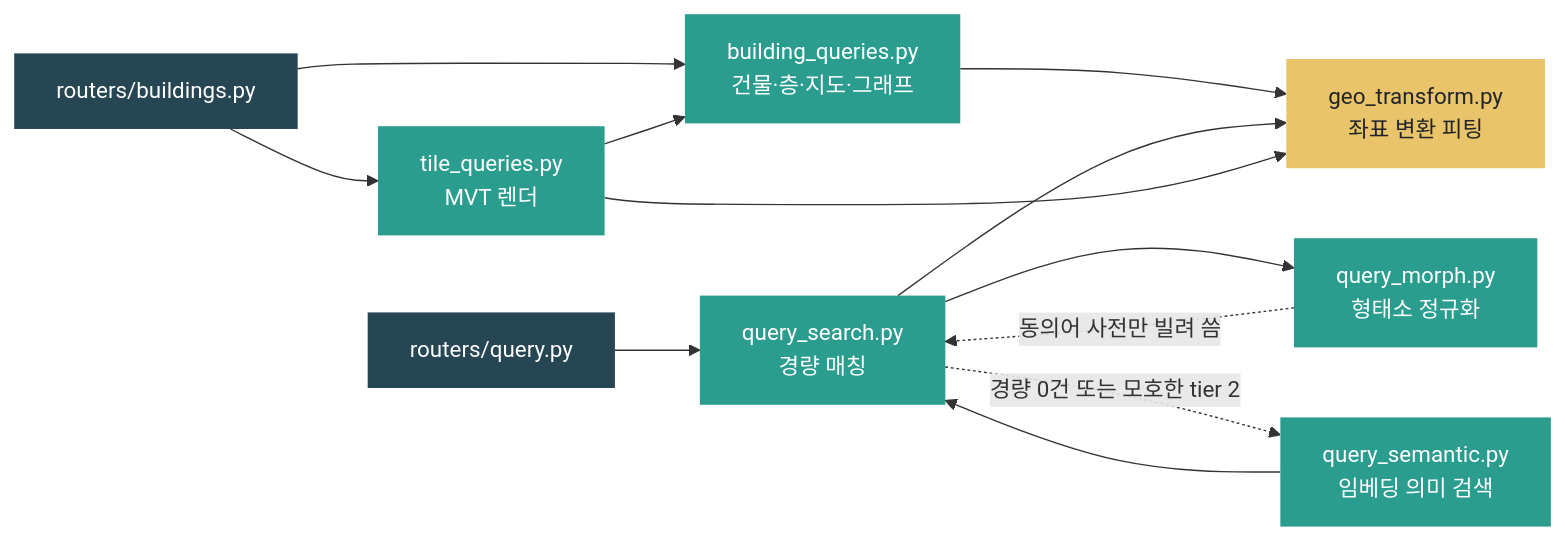
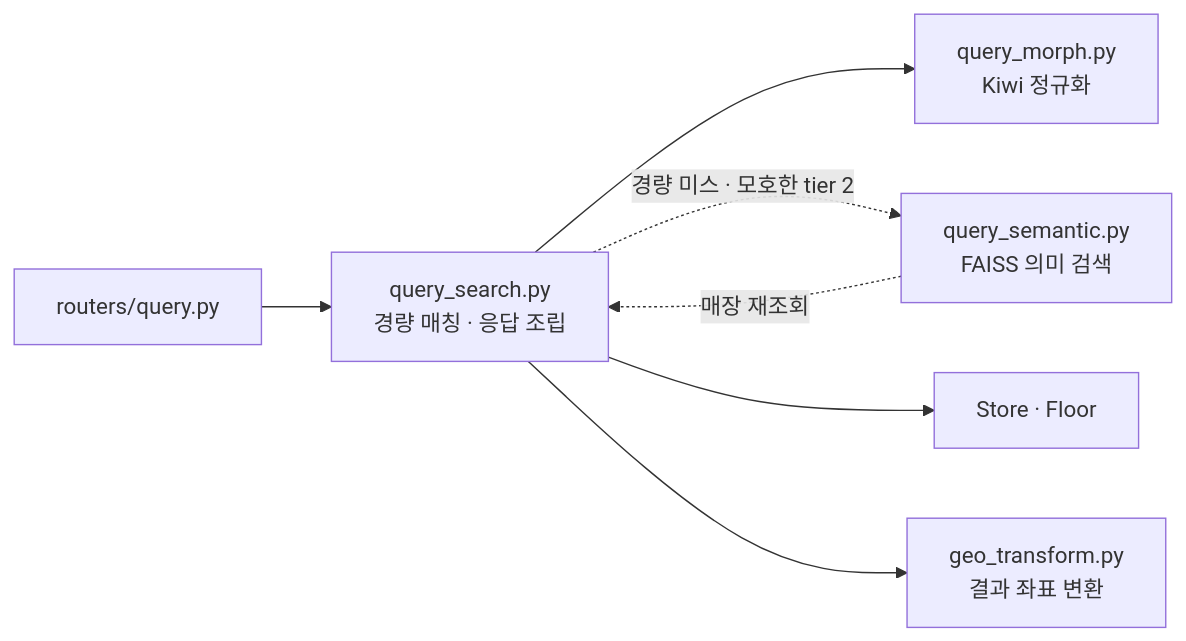
One commit to Routex-labs/Navigation changed the second of 11 diagrams in backend/app/repositories/README.md. Above: the diagram before and after it, drawn with Mermaid. The commit also changed other lines of this file and 36 other files, not shown here.

````diff
--- a/backend/app/repositories/README.md
+++ b/backend/app/repositories/README.md
@@ -28,31 +54,16 @@
 ```mermaid
 flowchart LR
-    RB["routers/buildings.py"]
-    RQ["routers/query.py"]
+    ROUTER["routers/query.py"]
+    SEARCH["query_search.py<br/>경량 매칭 · 응답 조립"]
+    MORPH["query_morph.py<br/>Kiwi 정규화"]
+    SEMANTIC["query_semantic.py<br/>FAISS 의미 검색"]
+    TRANSFORM["geo_transform.py<br/>결과 좌표 변환"]
+    MODEL["Store · Floor"]
 
-    BQ["building_queries.py<br/>건물·층·지도·그래프"]
-    QS["query_search.py<br/>경량 매칭"]
-    MO["query_morph.py<br/>형태소 정규화"]
-    SEM["query_semantic.py<br/>임베딩 의미 검색"]
-    TQ["tile_queries.py<br/>MVT 렌더"]
-    GT["geo_transform.py<br/>좌표 변환 피팅"]
-
-    RB --> BQ & TQ
-    RQ --> QS
-
-    QS --> MO
-    MO -. "동의어 사전만 빌려 씀" .-> QS
-    QS -. "경량 0건 또는 모호한 tier 2" .-> SEM
-    SEM --> QS
-    TQ --> BQ
-    BQ --> GT
-    QS --> GT
-    TQ --> GT
-
-    classDef entry fill:#264653,color:#fff,stroke:none
-    classDef core fill:#2a9d8f,color:#fff,stroke:none
-    classDef shared fill:#e9c46a,color:#212529,stroke:none
-    class RB,RQ entry
-    class BQ,QS,MO,SEM,TQ core
-    class GT shared
+    ROUTER --> SEARCH
+    SEARCH --> MORPH
+    SEARCH -. "경량 미스 · 모호한 tier 2" .-> SEMANTIC
+    SEMANTIC -. "매장 재조회" .-> SEARCH
+    SEARCH --> MODEL
+    SEARCH --> TRANSFORM
 ```
````
